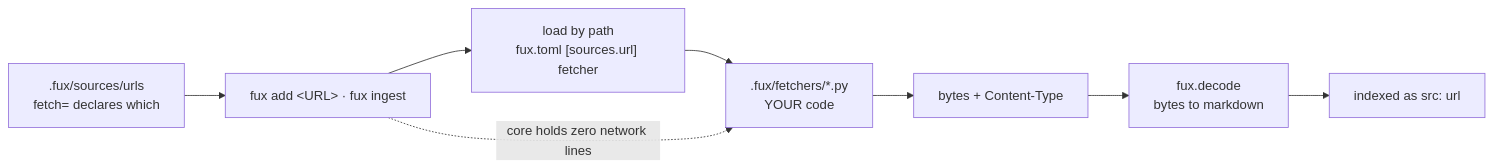
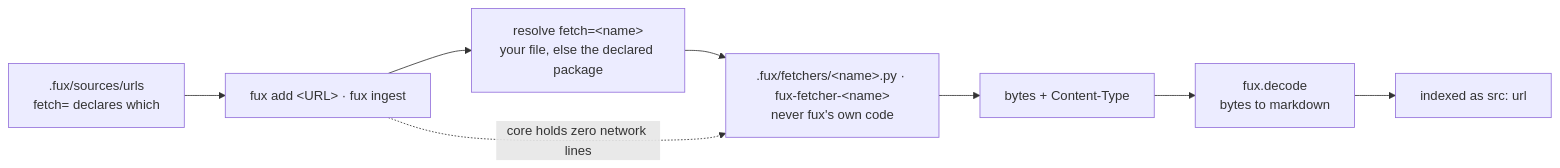
One commit to arpitarya/fux changed the diagram in records/0117_fetcher.md. Above: the diagram before and after it, drawn with Mermaid. The commit also changed other lines of this file and 121 other files, not shown here.

````diff
--- a/records/0117_fetcher.md
+++ b/records/0117_fetcher.md
@@ -51,10 +51,10 @@
 ```mermaid
 flowchart LR
     L[".fux/sources/urls<br/>fetch= declares which"] --> R["fux add &lt;URL&gt; · fux ingest"]
-    R --> P["load by path<br/>fux.toml [sources.url] fetcher"]
-    P --> F[".fux/fetchers/*.py<br/>YOUR code"]
+    R --> P["resolve fetch=&lt;name&gt;<br/>your file, else the declared package"]
+    P --> F[".fux/fetchers/&lt;name&gt;.py · fux-fetcher-&lt;name&gt;<br/>never fux's own code"]
     F --> B["bytes + Content-Type"]
     B --> DC["fux.decode<br/>bytes to markdown"]
     DC --> I["indexed as src: url"]
     R -.->|core holds zero network lines| F
 ```
````
